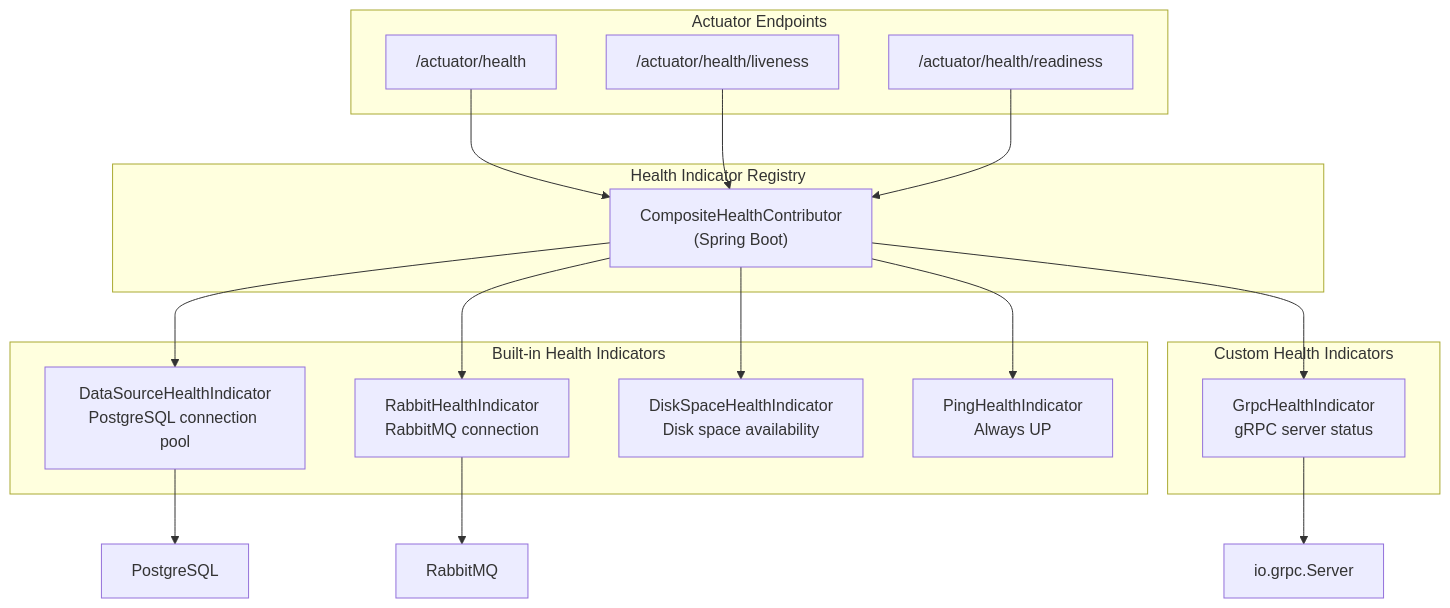
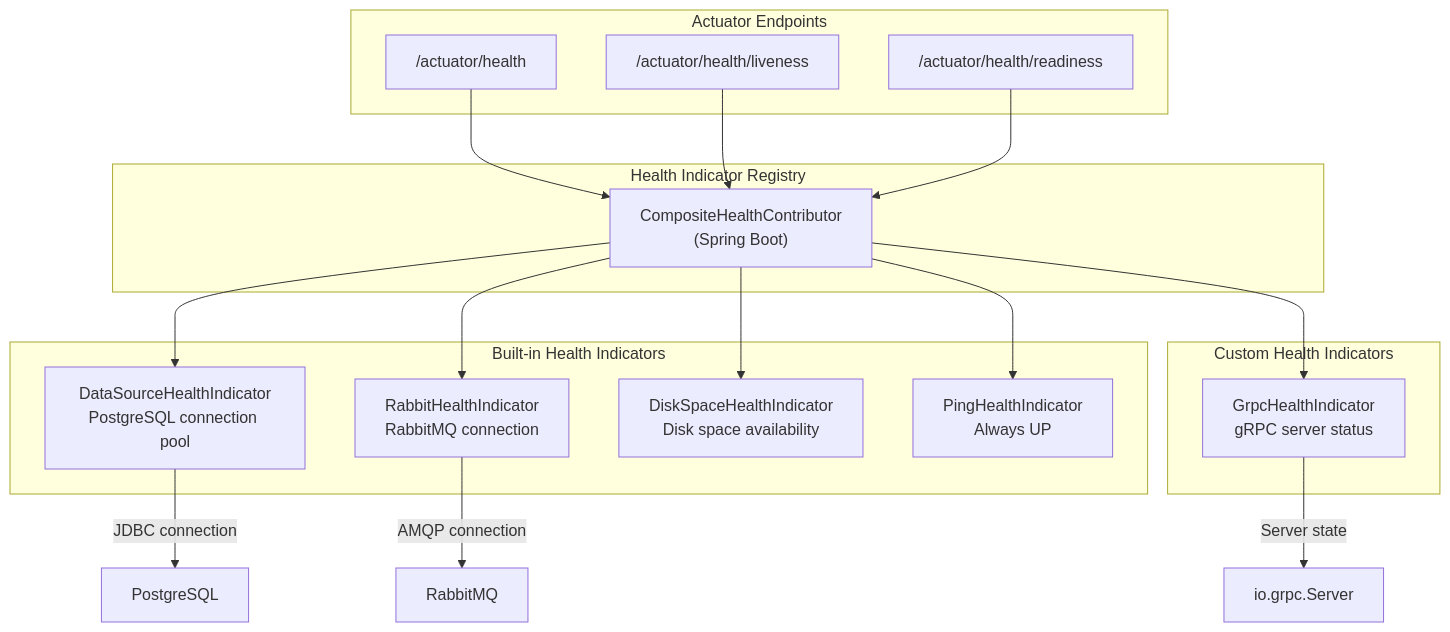
Before and after one commit to philipz/spring-modular-monolith: the first of 5 diagrams in docs/deepwiki/Spring-Actuator-and-Health-Checks.md, drawn with Mermaid. The commit also changed other lines of this file and 55 other files, not shown here.

````diff
--- a/docs/deepwiki/Spring-Actuator-and-Health-Checks.md
+++ b/docs/deepwiki/Spring-Actuator-and-Health-Checks.md
@@ -76,49 +76,49 @@
 ```mermaid
 flowchart TD
 
 HealthEndpoint["/actuator/health"]
 LivenessEndpoint["/actuator/health/liveness"]
 ReadinessEndpoint["/actuator/health/readiness"]
 HealthAggregator["CompositeHealthContributor<br>(Spring Boot)"]
 DataSourceHealth["DataSourceHealthIndicator<br>PostgreSQL connection pool"]
 RabbitHealth["RabbitHealthIndicator<br>RabbitMQ connection"]
 DiskSpaceHealth["DiskSpaceHealthIndicator<br>Disk space availability"]
 PingHealth["PingHealthIndicator<br>Always UP"]
 GrpcHealth["GrpcHealthIndicator<br>gRPC server status"]
 PostgreSQL["PostgreSQL"]
 RabbitMQ["RabbitMQ"]
 GrpcServer["io.grpc.Server"]
 
 HealthEndpoint --> HealthAggregator
 LivenessEndpoint --> HealthAggregator
 ReadinessEndpoint --> HealthAggregator
 HealthAggregator --> DataSourceHealth
 HealthAggregator --> RabbitHealth
 HealthAggregator --> DiskSpaceHealth
 HealthAggregator --> PingHealth
 HealthAggregator --> GrpcHealth
-DataSourceHealth --> PostgreSQL
-RabbitHealth --> RabbitMQ
-GrpcHealth --> GrpcServer
+DataSourceHealth -->|"JDBC connection"| PostgreSQL
+RabbitHealth -->|"AMQP connection"| RabbitMQ
+GrpcHealth -->|"Server state"| GrpcServer
 
 subgraph subGraph3 ["Custom Health Indicators"]
     GrpcHealth
 end
 
 subgraph subGraph2 ["Built-in Health Indicators"]
     DataSourceHealth
     RabbitHealth
     DiskSpaceHealth
     PingHealth
 end
 
 subgraph subGraph1 ["Health Indicator Registry"]
     HealthAggregator
 end
 
 subgraph subGraph0 ["Actuator Endpoints"]
     HealthEndpoint
     LivenessEndpoint
     ReadinessEndpoint
 end
 ```
````
